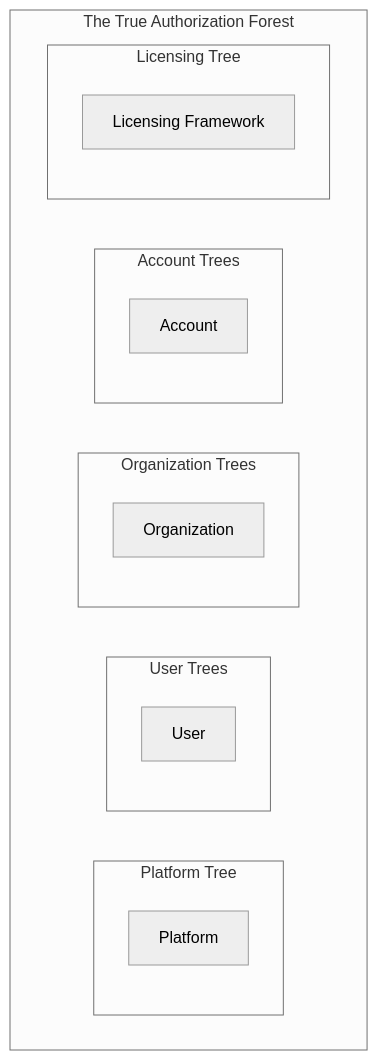
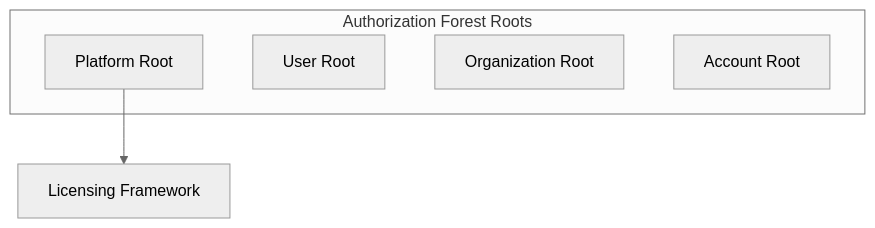
One commit to alkem-io/server changed diagram 11 of 11 in docs/credential-based-authorization.md. Above: the diagram before and after it, drawn with Mermaid (neutral theme). The commit also changed other lines of this file and 1 other file, not shown here.

First line of the commit message:
Clarifies authorization forest structure and roots

````diff
--- a/docs/credential-based-authorization.md
+++ b/docs/credential-based-authorization.md
@@ -301,24 +318,10 @@
 ```mermaid
 graph TD
-    subgraph "The True Authorization Forest"
-        subgraph "Platform Tree"
-            Platform;
-        end
-
-        subgraph "User Trees"
-            User[User];
-        end
-
-        subgraph "Organization Trees"
-            Org1[Organization];
-        end
-
-        subgraph "Account Trees"
-            Account1[Account];
-        end
-
-        subgraph "Licensing Tree"
-            LicensingFramework["Licensing Framework"];
-        end
+    subgraph "Authorization Forest Roots"
+        PlatformRoot[Platform Root];
+        UserRoot[User Root];
+        OrganizationRoot[Organization Root];
+        AccountRoot[Account Root];
     end
+    PlatformRoot --> LicensingFrameworkBranch[Licensing Framework];
 ```
````
